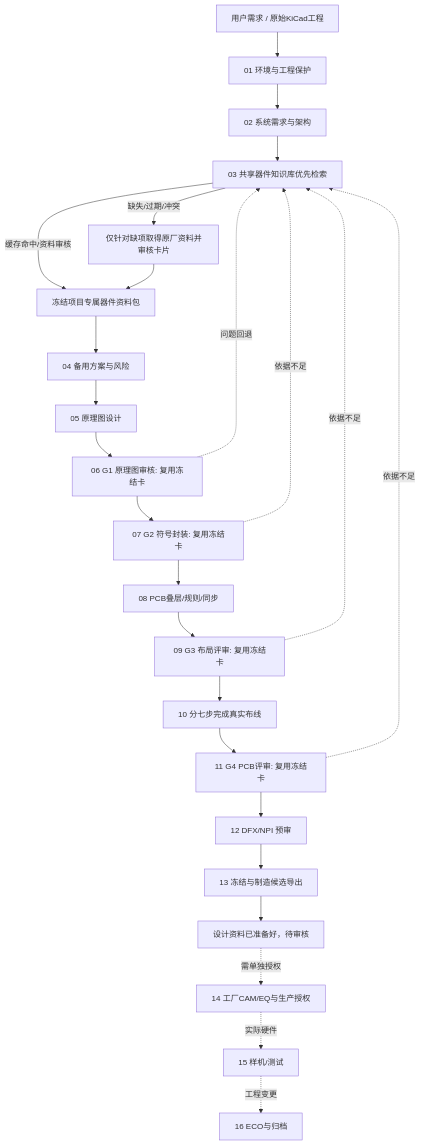
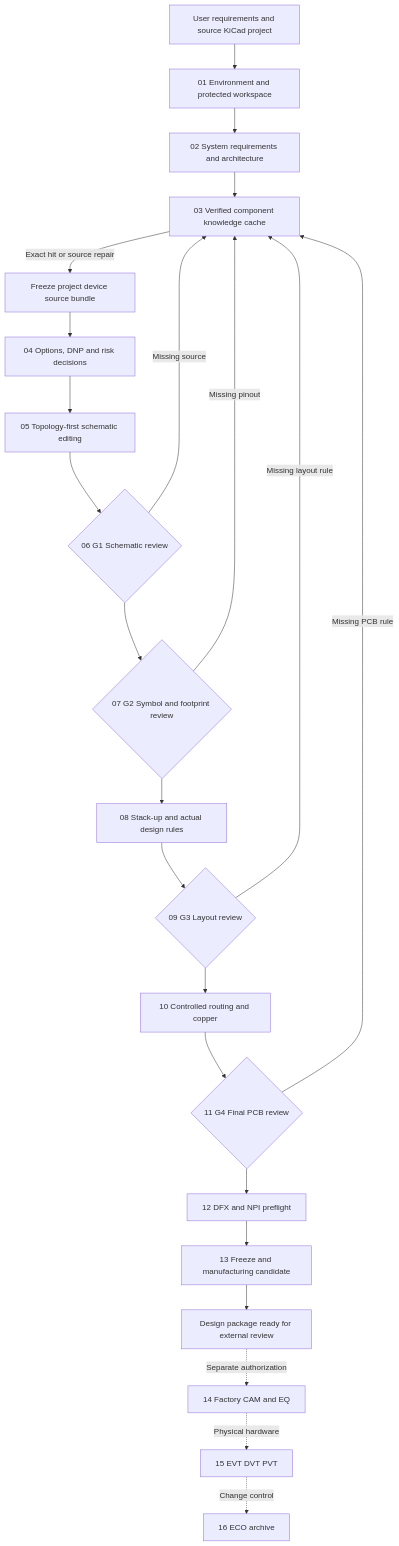
The diagram in kicad-pcb-ai-workflow/references/latest-complete-workflow.md (jackwang988/kicad-pcb-ai-workflow), drawn with Mermaid before and after one commit. The commit also changed other lines of this file and 80 other files, not shown here.

````diff
--- a/kicad-pcb-ai-workflow/references/latest-complete-workflow.md
+++ b/kicad-pcb-ai-workflow/references/latest-complete-workflow.md
@@ -14,27 +7,25 @@
 ```mermaid
 flowchart TB
-  U[用户需求 / 原始KiCad工程] --> N1[01 环境与工程保护]
-  N1 --> N2[02 系统需求与架构]
-  N2 --> N3[03 共享器件知识库优先检索]
-  N3 -->|缓存命中/资料审核| B[冻结项目专属器件资料包]
-  N3 -->|缺失/过期/冲突| A[仅针对缺项取得原厂资料并审核卡片]
-  A --> B
-  B --> N4[04 备用方案与风险]
-  N4 --> N5[05 原理图设计]
-  N5 --> N6[06 G1 原理图审核: 复用冻结卡]
-  N6 --> N7[07 G2 符号封装: 复用冻结卡]
-  N7 --> N8[08 PCB叠层/规则/同步]
-  N8 --> N9[09 G3 布局评审: 复用冻结卡]
-  N9 --> N10[10 分七步完成真实布线]
-  N10 --> N11[11 G4 PCB评审: 复用冻结卡]
-  N11 --> N12[12 DFX/NPI 预审]
-  N12 --> N13[13 冻结与制造候选导出]
-  N13 --> END[设计资料已准备好，待审核]
-  END -.需单独授权.-> N14[14 工厂CAM/EQ与生产授权]
-  N14 -.实际硬件.-> N15[15 样机/测试]
-  N15 -.工程变更.-> N16[16 ECO与归档]
-  N6 -.问题回退.-> N3
-  N7 -.依据不足.-> N3
-  N9 -.依据不足.-> N3
-  N11 -.依据不足.-> N3
+  U[User requirements and source KiCad project] --> E[01 Environment and protected workspace]
+  E --> R[02 System requirements and architecture]
+  R --> C[03 Verified component knowledge cache]
+  C -->|Exact hit or source repair| F[Freeze project device source bundle]
+  F --> O[04 Options, DNP and risk decisions]
+  O --> S[05 Topology-first schematic editing]
+  S --> G1{06 G1 Schematic review}
+  G1 --> G2{07 G2 Symbol and footprint review}
+  G2 --> L[08 Stack-up and actual design rules]
+  L --> G3{09 G3 Layout review}
+  G3 --> RT[10 Controlled routing and copper]
+  RT --> G4{11 G4 Final PCB review}
+  G4 --> D[12 DFX and NPI preflight]
+  D --> M[13 Freeze and manufacturing candidate]
+  M --> END[Design package ready for external review]
+  END -. Separate authorization .-> CAM[14 Factory CAM and EQ]
+  CAM -. Physical hardware .-> T[15 EVT DVT PVT]
+  T -. Change control .-> ECO[16 ECO archive]
+  G1 -->|Missing source| C
+  G2 -->|Missing pinout| C
+  G3 -->|Missing layout rule| C
+  G4 -->|Missing PCB rule| C
 ```
````
